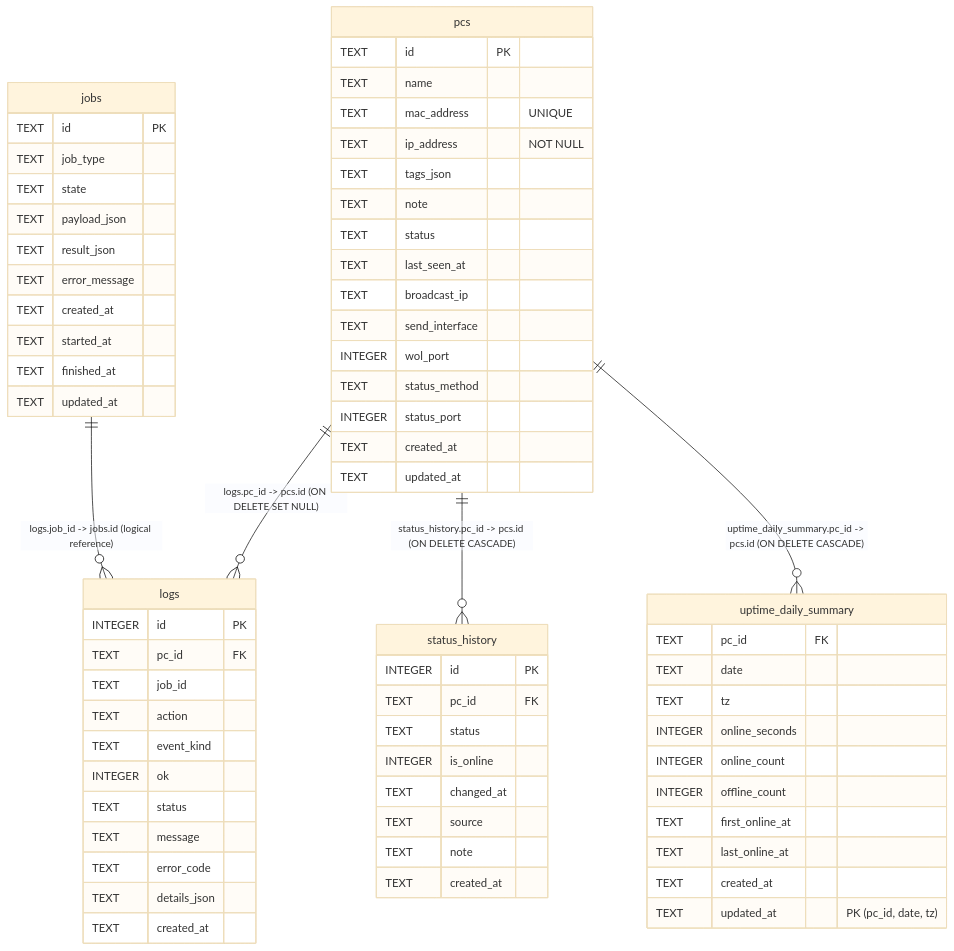
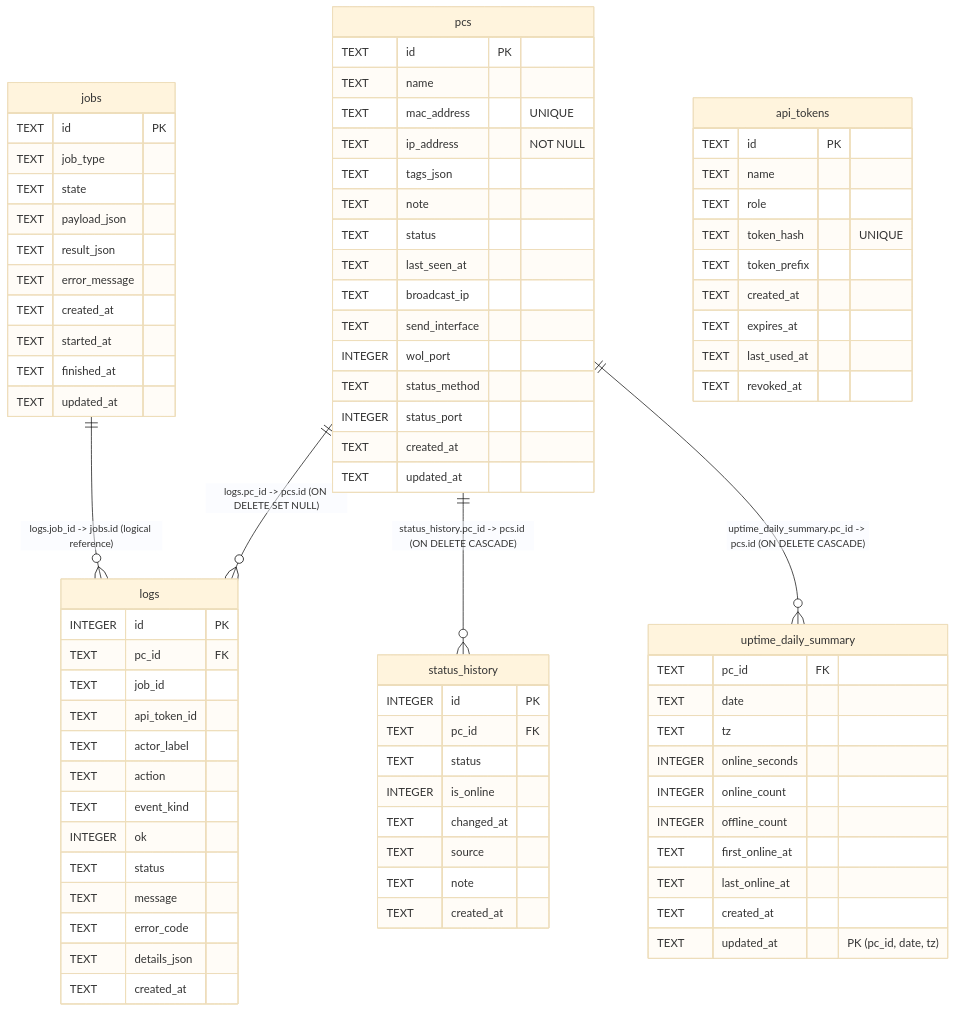
One commit to htomoya16/raspi-vpn-wol changed the diagram in docs/backend/db/er.md. Above: the diagram before and after it, drawn with Mermaid (base theme). The commit also changed other lines of this file and 72 other files, not shown here.

```diff
--- a/docs/backend/db/er.md
+++ b/docs/backend/db/er.md
@@ -67,6 +69,8 @@
         INTEGER id PK
         TEXT pc_id FK
         TEXT job_id
+        TEXT api_token_id
+        TEXT actor_label
         TEXT action
         TEXT event_kind
         INTEGER ok
@@ -90,6 +94,18 @@
         TEXT updated_at
     }
 
+    api_tokens {
+        TEXT id PK
+        TEXT name
+        TEXT role
+        TEXT token_hash "UNIQUE"
+        TEXT token_prefix
+        TEXT created_at
+        TEXT expires_at
+        TEXT last_used_at
+        TEXT revoked_at
+    }
+
     pcs ||--o{ logs : "logs.pc_id -> pcs.id (ON DELETE SET NULL)"
     jobs ||--o{ logs : "logs.job_id -> jobs.id (logical reference)"
     pcs ||--o{ status_history : "status_history.pc_id -> pcs.id (ON DELETE CASCADE)"
```
